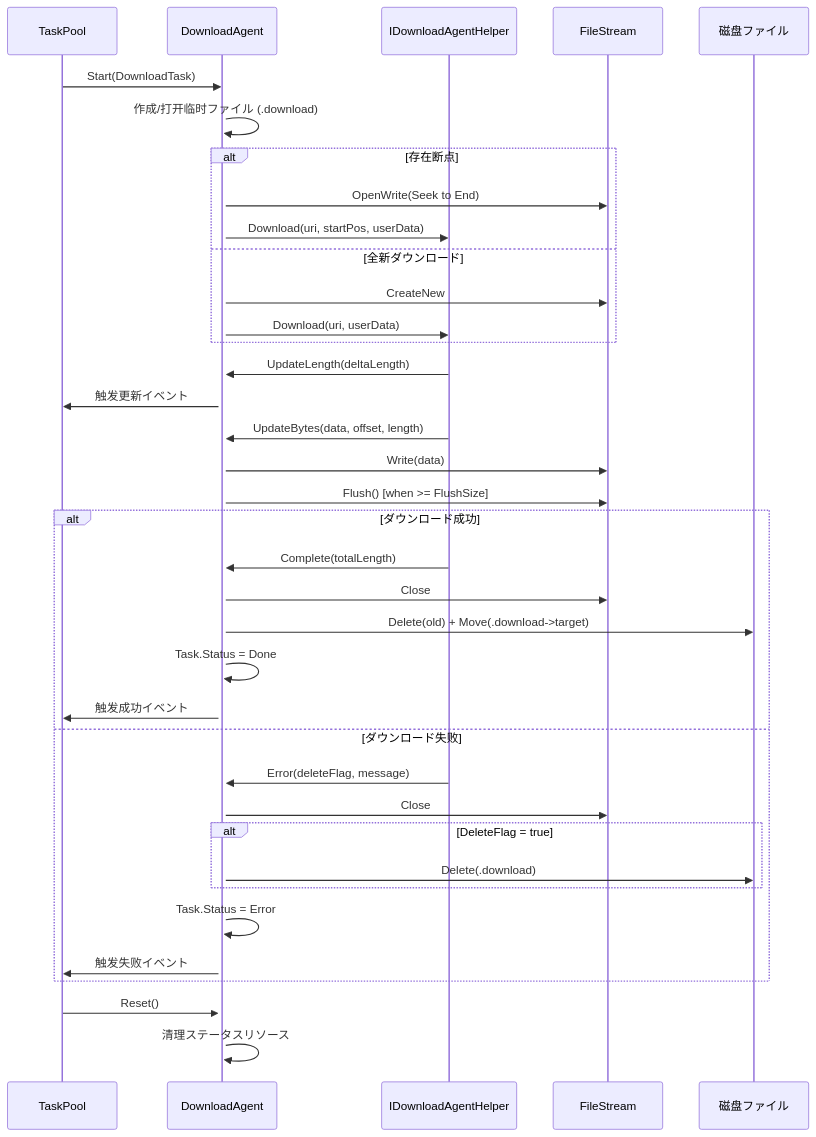
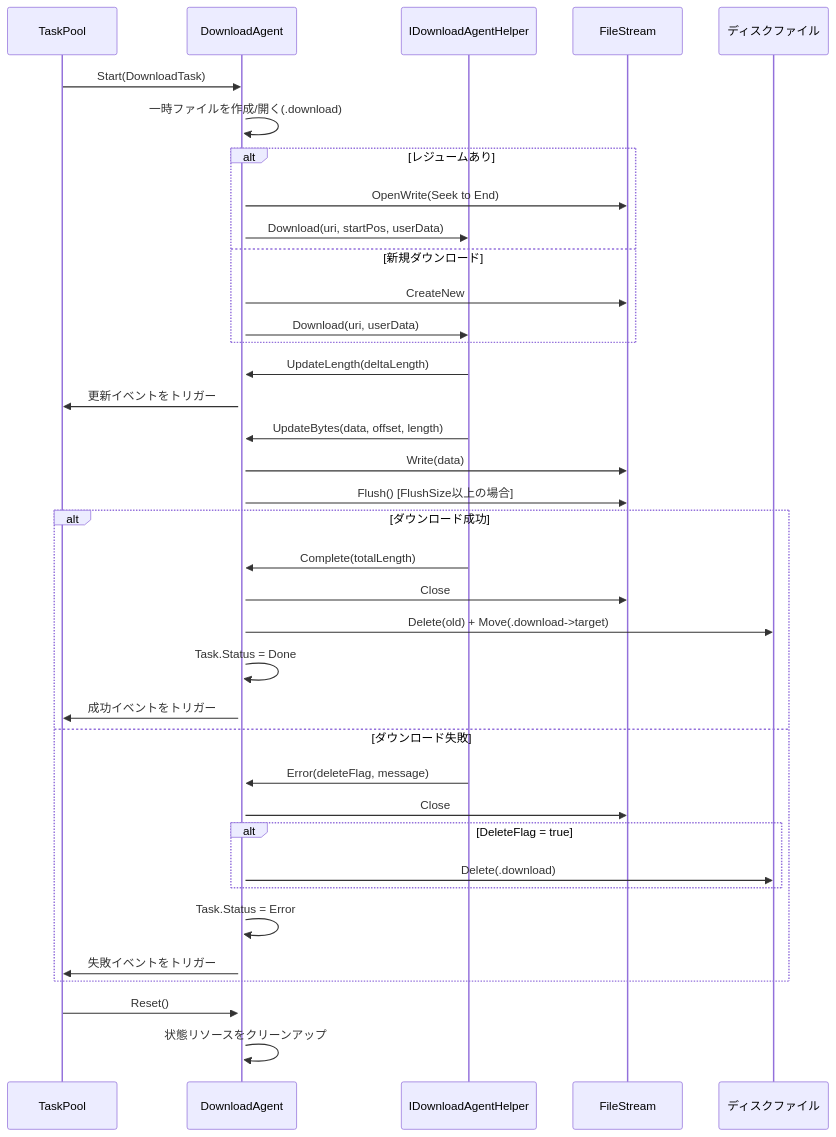
One commit to AlianBlank/GameFrameX.Docs changed the second of 2 diagrams in docs/ja/client/unity/component/download/13.download-agent.md. Above: the diagram before and after it, drawn with Mermaid. The commit also changed other lines of this file and 320 other files, not shown here.

````diff
--- a/docs/ja/client/unity/component/download/13.download-agent.md
+++ b/docs/ja/client/unity/component/download/13.download-agent.md
@@ -108,46 +108,46 @@
 ```mermaid
 sequenceDiagram
     participant TM as TaskPool
     participant DA as DownloadAgent
     participant H as IDownloadAgentHelper
     participant FS as FileStream
-    participant Disk as 磁盘ファイル
+    participant Disk as ディスクファイル
 
     TM->>DA: Start(DownloadTask)
     activate DA
-    
-    DA->>DA: 作成/打开临时ファイル (.download)
-    alt 存在断点
+
+    DA->>DA: 一時ファイルを作成/開く(.download)
+    alt レジュームあり
         DA->>FS: OpenWrite(Seek to End)
         DA->>H: Download(uri, startPos, userData)
-    else 全新ダウンロード
+    else 新規ダウンロード
         DA->>FS: CreateNew
         DA->>H: Download(uri, userData)
     end
-    
+
     H->>DA: UpdateLength(deltaLength)
-    DA->>TM: 触发更新イベント
-    
+    DA->>TM: 更新イベントをトリガー
+
     H->>DA: UpdateBytes(data, offset, length)
     DA->>FS: Write(data)
-    DA->>FS: Flush() [when >= FlushSize]
-    
+    DA->>FS: Flush() [FlushSize以上の場合]
+
     alt ダウンロード成功
         H->>DA: Complete(totalLength)
         DA->>FS: Close
         DA->>Disk: Delete(old) + Move(.download->target)
         DA->>DA: Task.Status = Done
-        DA->>TM: 触发成功イベント
-    else ダウンロード失败
+        DA->>TM: 成功イベントをトリガー
+    else ダウンロード失敗
         H->>DA: Error(deleteFlag, message)
         DA->>FS: Close
         alt DeleteFlag = true
             DA->>Disk: Delete(.download)
         end
         DA->>DA: Task.Status = Error
-        DA->>TM: 触发失败イベント
+        DA->>TM: 失敗イベントをトリガー
     end
-    
+
     TM->>DA: Reset()
-    DA->>DA: 清理ステータスリソース
+    DA->>DA: 状態リソースをクリーンアップ
 ```
````
